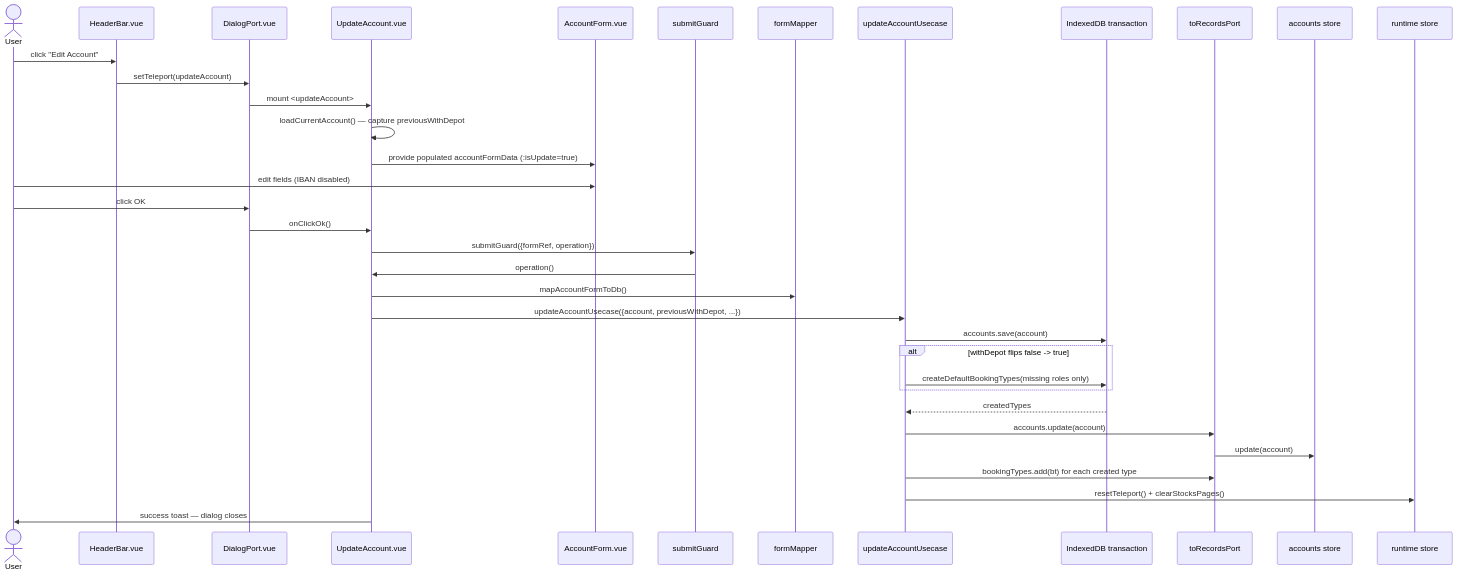
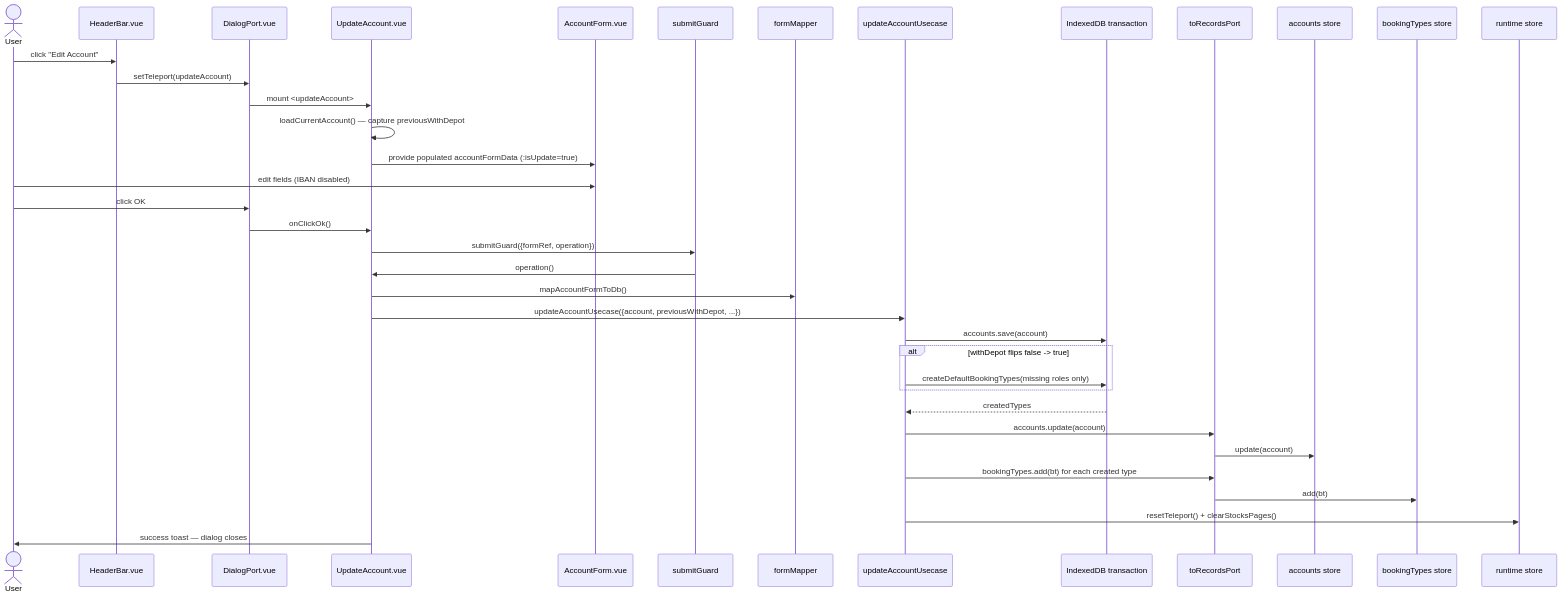
Before and after one commit to m-berner/kontenmanager: the diagram in src/app/usecases/docs/edit-account.md, drawn with Mermaid. The commit also changed 4 other files, not shown here.

First line of the commit message:
docs: add fix-sequence-diagrams skill, fix drifted/broken usecase diagrams

````diff
--- a/src/app/usecases/docs/edit-account.md
+++ b/src/app/usecases/docs/edit-account.md
@@ -143,38 +143,40 @@
 ```mermaid
 sequenceDiagram
     actor U as User
     participant HB as HeaderBar.vue
     participant DP as DialogPort.vue
     participant UA as UpdateAccount.vue
     participant AF as AccountForm.vue
     participant DG as submitGuard
     participant FM as formMapper
     participant UC as updateAccountUsecase
     participant TX as IndexedDB transaction
     participant PA as toRecordsPort
     participant AccSt as accounts store
+    participant BTSt as bookingTypes store
     participant RT as runtime store
 
     U->>HB: click "Edit Account"
     HB->>DP: setTeleport(updateAccount)
     DP->>UA: mount <updateAccount>
     UA->>UA: loadCurrentAccount() — capture previousWithDepot
     UA->>AF: provide populated accountFormData (:isUpdate=true)
     U->>AF: edit fields (IBAN disabled)
     U->>DP: click OK
     DP->>UA: onClickOk()
     UA->>DG: submitGuard({formRef, operation})
     DG->>UA: operation()
     UA->>FM: mapAccountFormToDb()
     UA->>UC: updateAccountUsecase({account, previousWithDepot, ...})
     UC->>TX: accounts.save(account)
     alt withDepot flips false -> true
         UC->>TX: createDefaultBookingTypes(missing roles only)
     end
     TX-->>UC: createdTypes
     UC->>PA: accounts.update(account)
     PA->>AccSt: update(account)
     UC->>PA: bookingTypes.add(bt) for each created type
+    PA->>BTSt: add(bt)
     UC->>RT: resetTeleport() + clearStocksPages()
     UA->>U: success toast — dialog closes
 ```
````
